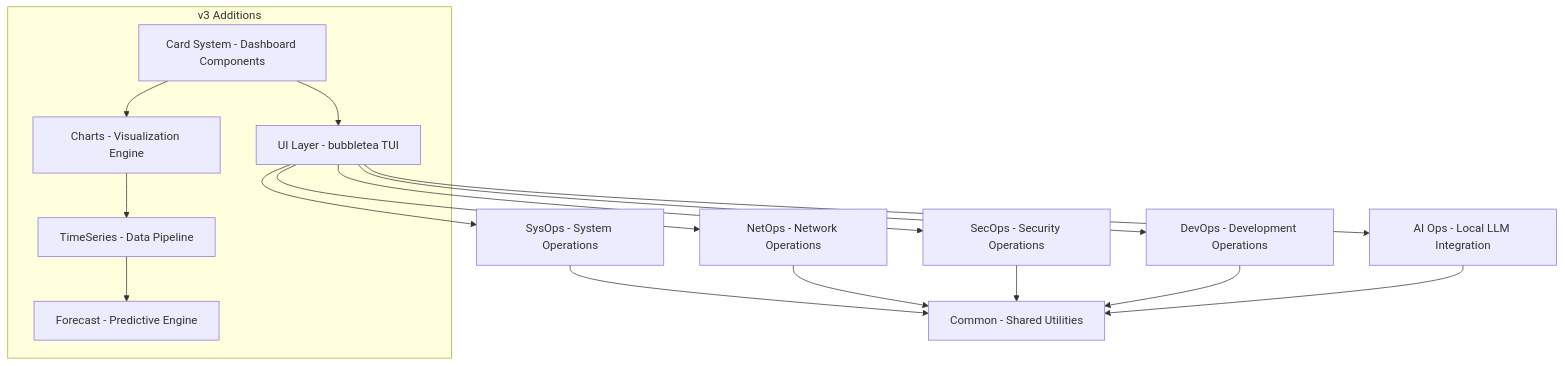
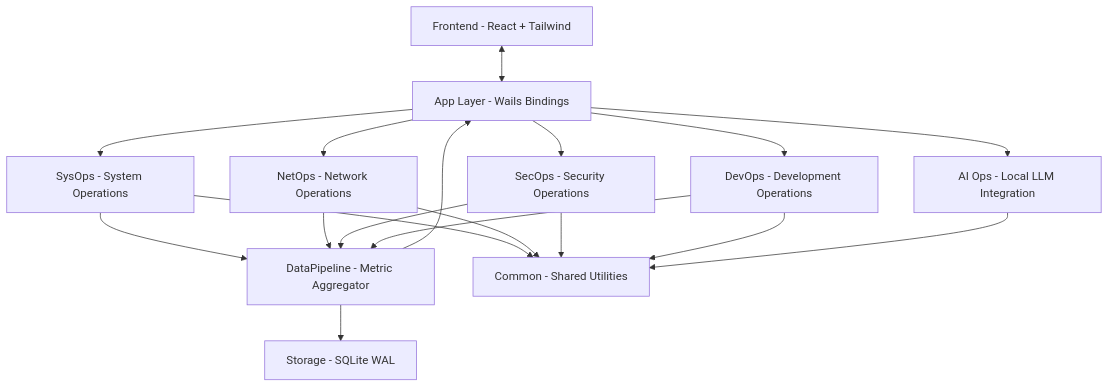
The first of 3 diagrams in docs/ARCHITECTURE.md (shahriarhaqueabir/UniversalOps), drawn with Mermaid before and after one commit. The commit also changed other lines of this file and 144 other files, not shown here.

````diff
--- a/docs/ARCHITECTURE.md
+++ b/docs/ARCHITECTURE.md
@@ -48,32 +44,30 @@
 ```mermaid
 graph TD
-    UI[UI Layer - bubbletea TUI]
+    FE[Frontend - React + Tailwind]
+    APP[App Layer - Wails Bindings]
     SYS[SysOps - System Operations]
     NET[NetOps - Network Operations]
     SEC[SecOps - Security Operations]
     DEV[DevOps - Development Operations]
     AI[AI Ops - Local LLM Integration]
-    CHARTS[Charts - Visualization Engine]
-    TIMESERIES[TimeSeries - Data Pipeline]
-    FORECAST[Forecast - Predictive Engine]
-    CARDS[Card System - Dashboard Components]
+    PIPE[DataPipeline - Metric Aggregator]
+    DB[Storage - SQLite WAL]
     COMMON[Common - Shared Utilities]
     
-    UI --> SYS
-    UI --> NET
-    UI --> SEC
-    UI --> DEV
-    UI --> AI
-    SYS --> COMMON
-    NET --> COMMON
-    SEC --> COMMON
-    DEV --> COMMON
-    AI --> COMMON
-
-    subgraph "v3 Additions"
-        CHARTS --> TIMESERIES
-        TIMESERIES --> FORECAST
-        CARDS --> UI
-        CARDS --> CHARTS
-    end
+    FE <--> APP
+    APP --> SYS
+    APP --> NET
+    APP --> SEC
+    APP --> DEV
+    APP --> AI
+    
+    SYS --> PIPE
+    NET --> PIPE
+    SEC --> PIPE
+    DEV --> PIPE
+    
+    PIPE --> DB
+    PIPE --> APP
+    
+    SYS & NET & SEC & DEV & AI --> COMMON
 ```
````
